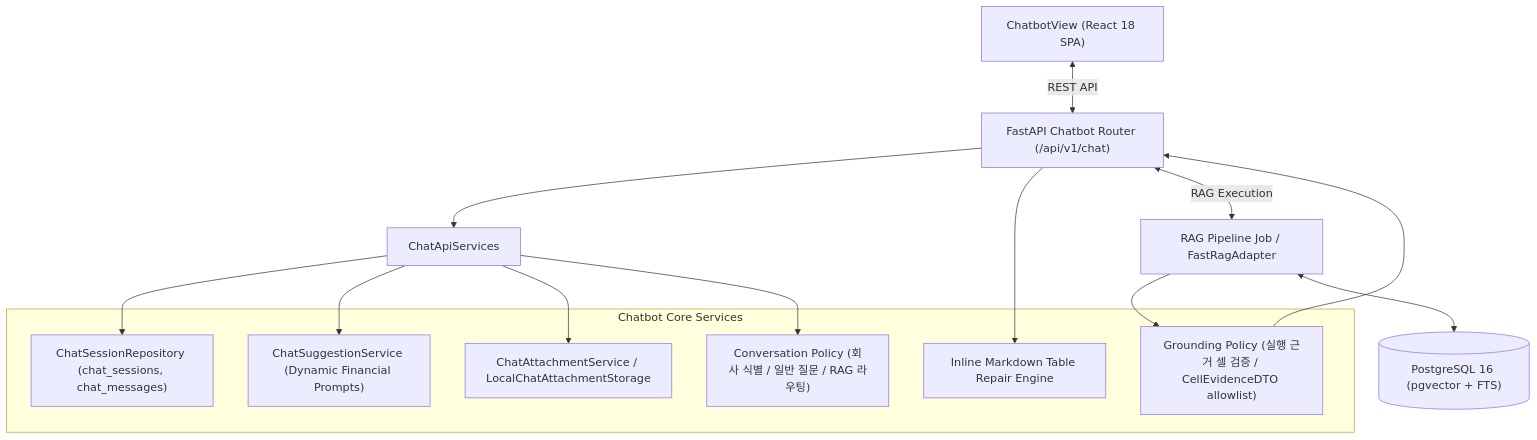
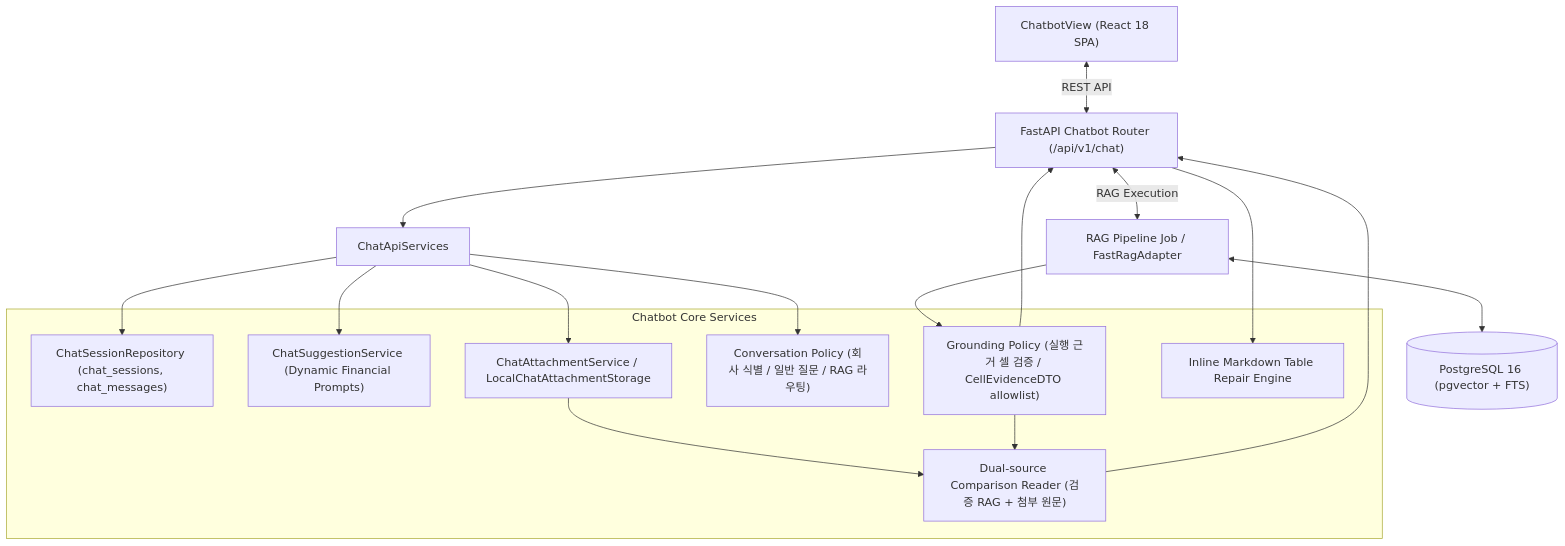
The diagram in docs/blueprints/04_workspace_blueprints/BP-404_ws_ai_financial_chatbot.md (bist-mini-final/bist-mini-final), drawn with Mermaid before and after one commit. The commit also changed other lines of this file and 59 other files, not shown here.

````diff
--- a/docs/blueprints/04_workspace_blueprints/BP-404_ws_ai_financial_chatbot.md
+++ b/docs/blueprints/04_workspace_blueprints/BP-404_ws_ai_financial_chatbot.md
@@ -12,24 +12,28 @@
 ```mermaid
 flowchart TD
     UI["ChatbotView (React 18 SPA)"] <-->|REST API| ROUTER["FastAPI Chatbot Router (/api/v1/chat)"]
 
     subgraph ChatServices ["Chatbot Core Services"]
         REPO["ChatSessionRepository (chat_sessions, chat_messages)"]
         SUGG["ChatSuggestionService (Dynamic Financial Prompts)"]
         ATTACH["ChatAttachmentService / LocalChatAttachmentStorage"]
         CONV["Conversation Policy (회사 식별 / 일반 질문 / RAG 라우팅)"]
         GROUND["Grounding Policy (실행 근거 셀 검증 / CellEvidenceDTO allowlist)"]
+        COMBINE["Dual-source Comparison Reader (검증 RAG + 첨부 원문)"]
         TABLE_REP["Inline Markdown Table Repair Engine"]
     end
 
     ROUTER --> API["ChatApiServices"]
     API --> REPO
     API --> SUGG
     API --> ATTACH
     API --> CONV
     ROUTER --> TABLE_REP
     ROUTER <-->|RAG Execution| PIPELINE["RAG Pipeline Job / FastRagAdapter"]
     PIPELINE --> GROUND
+    ATTACH --> COMBINE
+    GROUND --> COMBINE
+    COMBINE --> ROUTER
     GROUND --> ROUTER
     PIPELINE <--> PG[("PostgreSQL 16 (pgvector + FTS)")]
 ```
````
